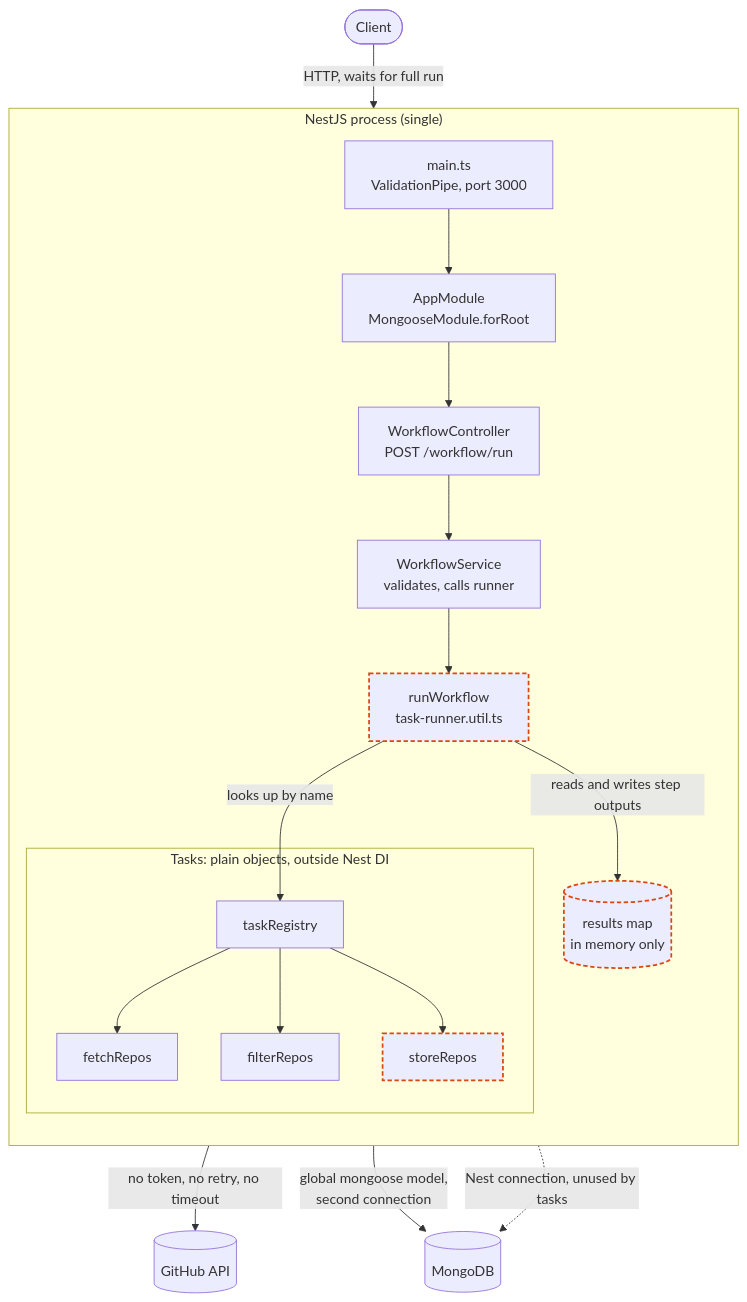
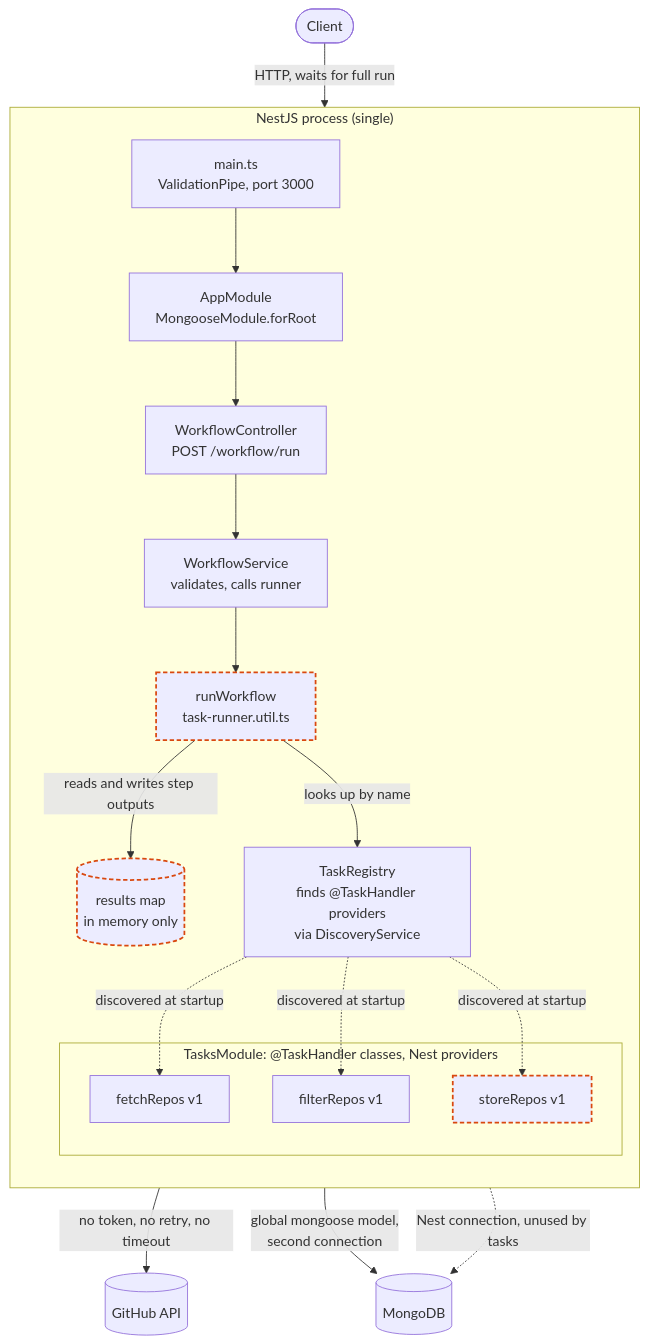
The second of 4 diagrams in docs/architecture.md (sinrajat43/OrchaLite), drawn with Mermaid before and after one commit. The commit also changed other lines of this file and 24 other files, not shown here.

First line of the commit message:
A1: task contract with TypeBox schemas and discovery-based registry

````diff
--- a/docs/architecture.md
+++ b/docs/architecture.md
@@ -47,37 +48,38 @@
 ```mermaid
 flowchart TB
     Client([Client])
 
     subgraph Nest["NestJS process (single)"]
         direction TB
         Main["main.ts<br/>ValidationPipe, port 3000"]
         App["AppModule<br/>MongooseModule.forRoot"]
         Ctl["WorkflowController<br/>POST /workflow/run"]
         Svc["WorkflowService<br/>validates, calls runner"]
         Runner["runWorkflow<br/>task-runner.util.ts"]
         Results[("results map<br/>in memory only")]
 
-        subgraph Tasks["Tasks: plain objects, outside Nest DI"]
-            Registry["taskRegistry"]
-            Fetch["fetchRepos"]
-            Filter["filterRepos"]
-            Store["storeRepos"]
+        Registry["TaskRegistry<br/>finds @TaskHandler providers<br/>via DiscoveryService"]
+
+        subgraph Tasks["TasksModule: @TaskHandler classes, Nest providers"]
+            Fetch["fetchRepos v1"]
+            Filter["filterRepos v1"]
+            Store["storeRepos v1"]
         end
     end
 
     GitHub[(GitHub API)]
     Mongo[(MongoDB)]
 
     Client -->|HTTP, waits for full run| Ctl
     Main --> App --> Ctl
     Ctl --> Svc --> Runner
     Runner -->|reads and writes step outputs| Results
     Runner -->|looks up by name| Registry
-    Registry --> Fetch & Filter & Store
+    Registry -.->|discovered at startup| Fetch & Filter & Store
     Fetch -->|no token, no retry, no timeout| GitHub
     Store -->|global mongoose model,<br/>second connection| Mongo
     App -.->|Nest connection, unused by tasks| Mongo
 
     classDef weak stroke:#d9480f,stroke-width:2px,stroke-dasharray:5 3;
     class Results,Runner,Store weak;
 ```
````
